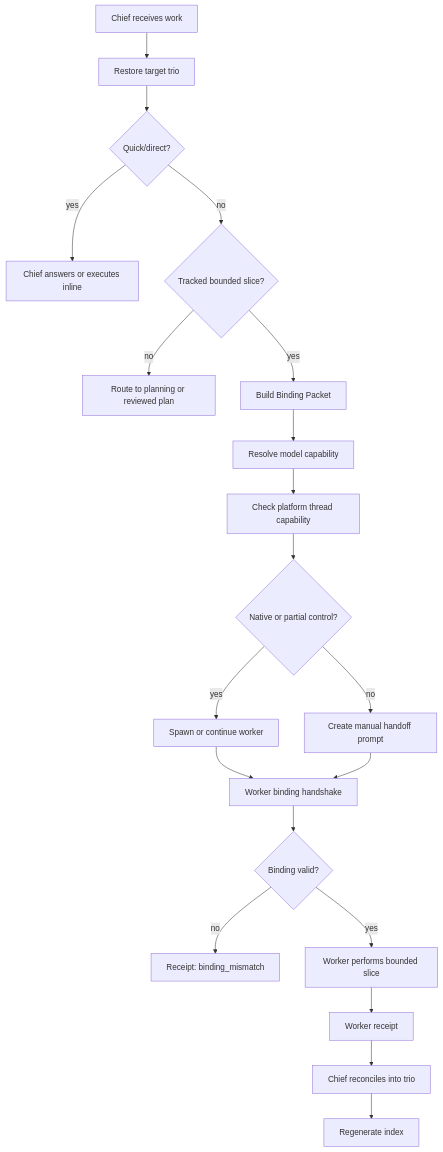
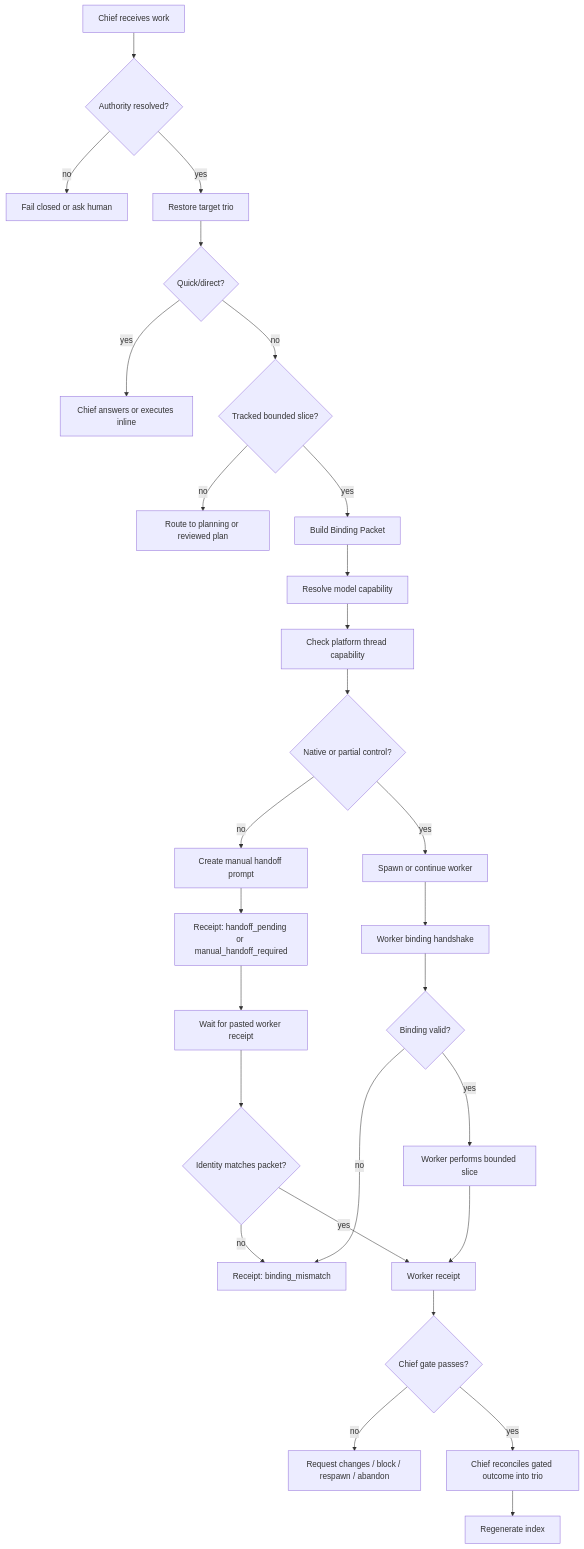
The diagram in docs/superpowers/specs/2026-07-09-chiefops-v0b-thread-control-overlay-design.md (ilderaj/superpowering-with-files), drawn with Mermaid before and after one commit. The commit also changed other lines of this file, not shown here.

Commit message:
docs: revise ChiefOps V0b overlay spec

````diff
--- a/docs/superpowers/specs/2026-07-09-chiefops-v0b-thread-control-overlay-design.md
+++ b/docs/superpowers/specs/2026-07-09-chiefops-v0b-thread-control-overlay-design.md
@@ -246,22 +444,30 @@
 ```mermaid
 flowchart TD
-  A["Chief receives work"] --> B["Restore target trio"]
+  A["Chief receives work"] --> AB{"Authority resolved?"}
+  AB -->|no| AX["Fail closed or ask human"]
+  AB -->|yes| B["Restore target trio"]
   B --> C{"Quick/direct?"}
   C -->|yes| D["Chief answers or executes inline"]
   C -->|no| E{"Tracked bounded slice?"}
   E -->|no| F["Route to planning or reviewed plan"]
   E -->|yes| G["Build Binding Packet"]
   G --> H["Resolve model capability"]
   H --> I["Check platform thread capability"]
   I --> J{"Native or partial control?"}
   J -->|yes| K["Spawn or continue worker"]
   J -->|no| L["Create manual handoff prompt"]
   K --> M["Worker binding handshake"]
-  L --> M
+  L --> LH["Receipt: handoff_pending or manual_handoff_required"]
+  LH --> LP["Wait for pasted worker receipt"]
+  LP --> LI{"Identity matches packet?"}
+  LI -->|no| O["Receipt: binding_mismatch"]
+  LI -->|yes| Q
   M --> N{"Binding valid?"}
   N -->|no| O["Receipt: binding_mismatch"]
   N -->|yes| P["Worker performs bounded slice"]
   P --> Q["Worker receipt"]
-  Q --> R["Chief reconciles into trio"]
+  Q --> RG{"Chief gate passes?"}
+  RG -->|no| RX["Request changes / block / respawn / abandon"]
+  RG -->|yes| R["Chief reconciles gated outcome into trio"]
   R --> S["Regenerate index"]
 ```
````
